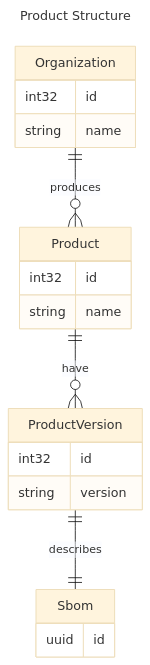
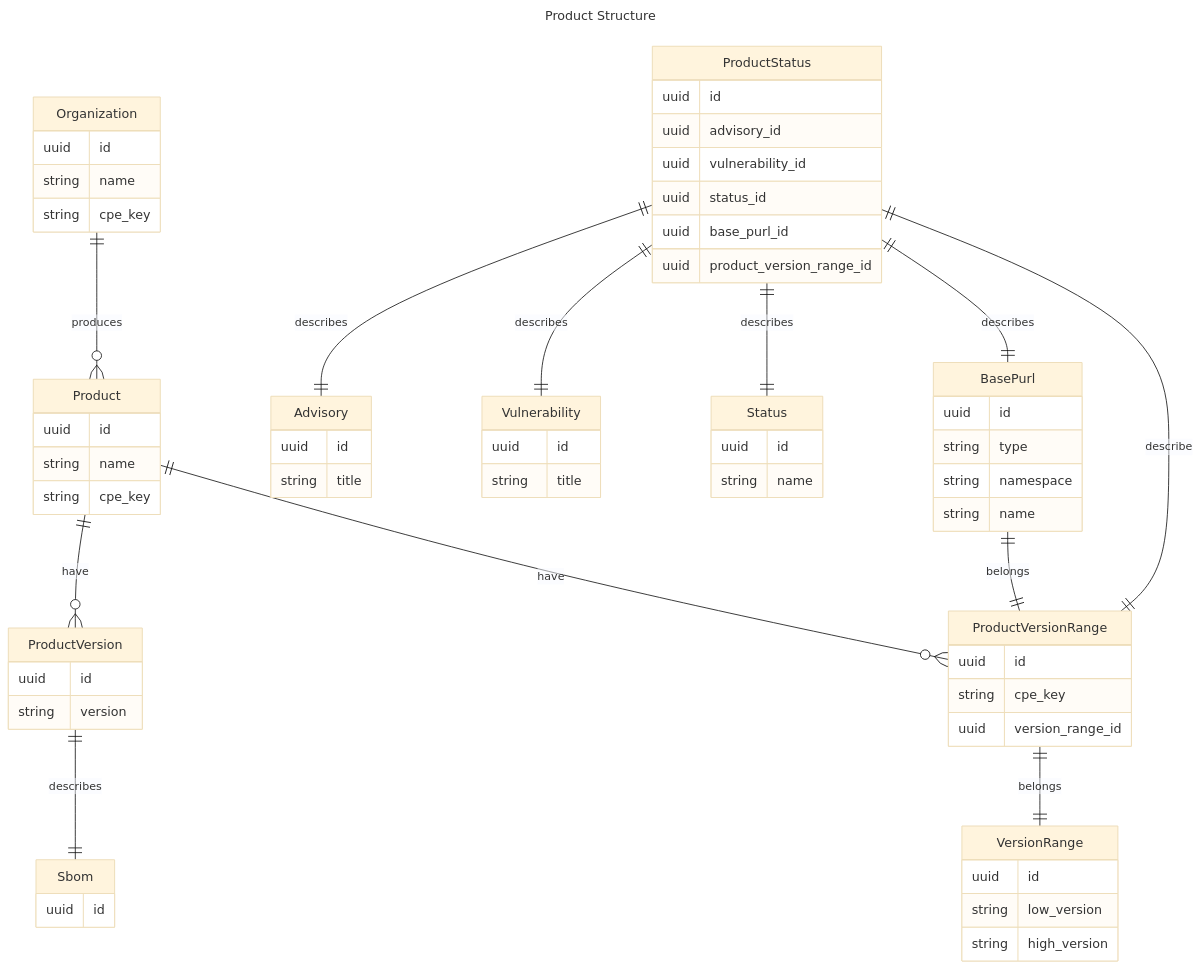
The diagram in docs/design/products.md (trustification/trustify), drawn with Mermaid (base theme) before and after one commit. The commit also changed 15 other files, not shown here.

````diff
--- a/docs/design/products.md
+++ b/docs/design/products.md
@@ -5,18 +5,63 @@
 erDiagram
 
     Organization {
-        int32 id
+        uuid id
+        string name
+        string cpe_key
+    }
+
+    Product {
+        uuid id
+        string name
+        string cpe_key
+    }
+
+    ProductVersion {
+        uuid id
+        string version
+    }
+
+    ProductVersionRange {
+        uuid id
+        string cpe_key
+        uuid version_range_id
+    }
+
+    VersionRange {
+        uuid id
+        string low_version
+        string high_version
+    }
+
+    Advisory {
+        uuid id
+        string title
+    }
+
+    Vulnerability {
+        uuid id
+        string title
+    }
+
+    Status {
+        uuid id
         string name
     }
 
-    Product {
-        int32 id
+    BasePurl {
+        uuid id
+        string type
+        string namespace
         string name
     }
 
-    ProductVersion {
-        int32 id
-        string version
+    ProductStatus {
+        uuid id
+        uuid advisory_id
+        uuid vulnerability_id
+        uuid status_id
+        uuid base_purl_id
+        uuid product_version_range_id
     }
 
     Sbom {
@@ -27,4 +72,15 @@
     Product || -- o{ ProductVersion : have
     ProductVersion || -- || Sbom : describes
 
+    Product || -- o{ ProductVersionRange : have
+    ProductVersionRange || -- || VersionRange : belongs
+
+    BasePurl || -- || ProductVersionRange : belongs
+
+    ProductStatus || -- || Advisory : describes
+    ProductStatus || -- || Vulnerability : describes
+    ProductStatus || -- || BasePurl : describes
+    ProductStatus || -- || Status : describes
+    ProductStatus || -- || ProductVersionRange : describe
+
 ```
````
